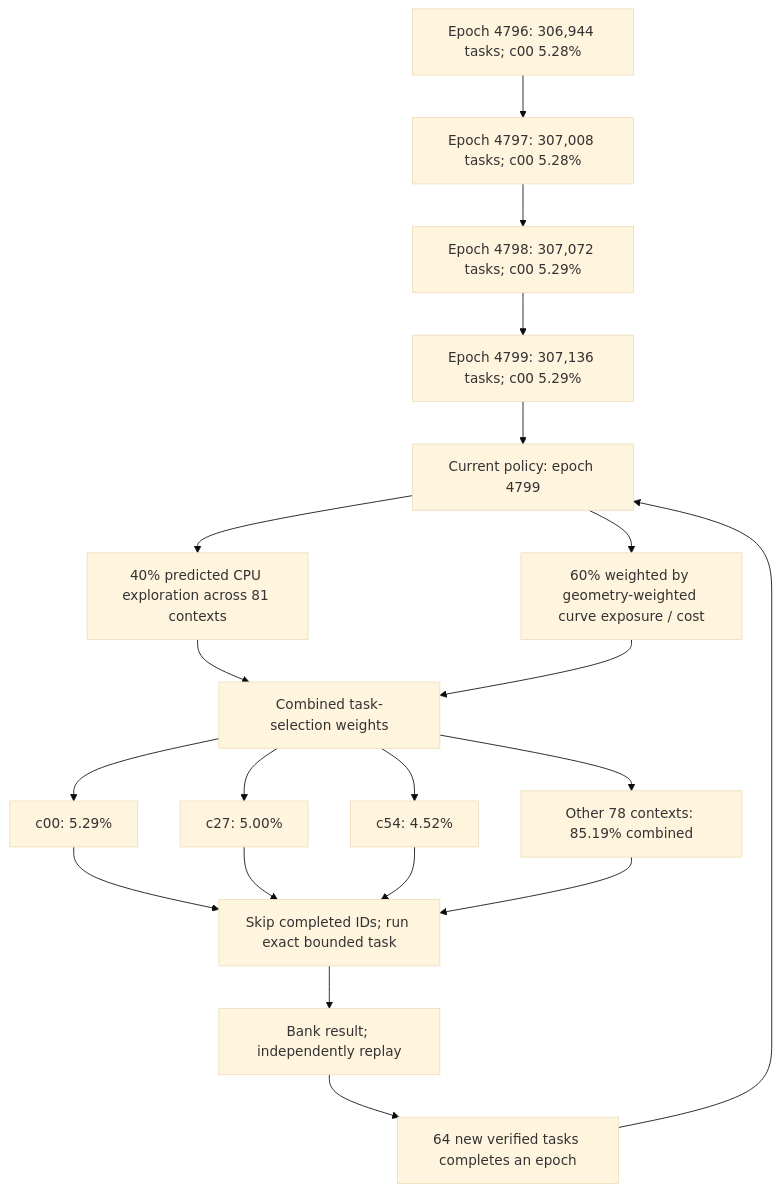
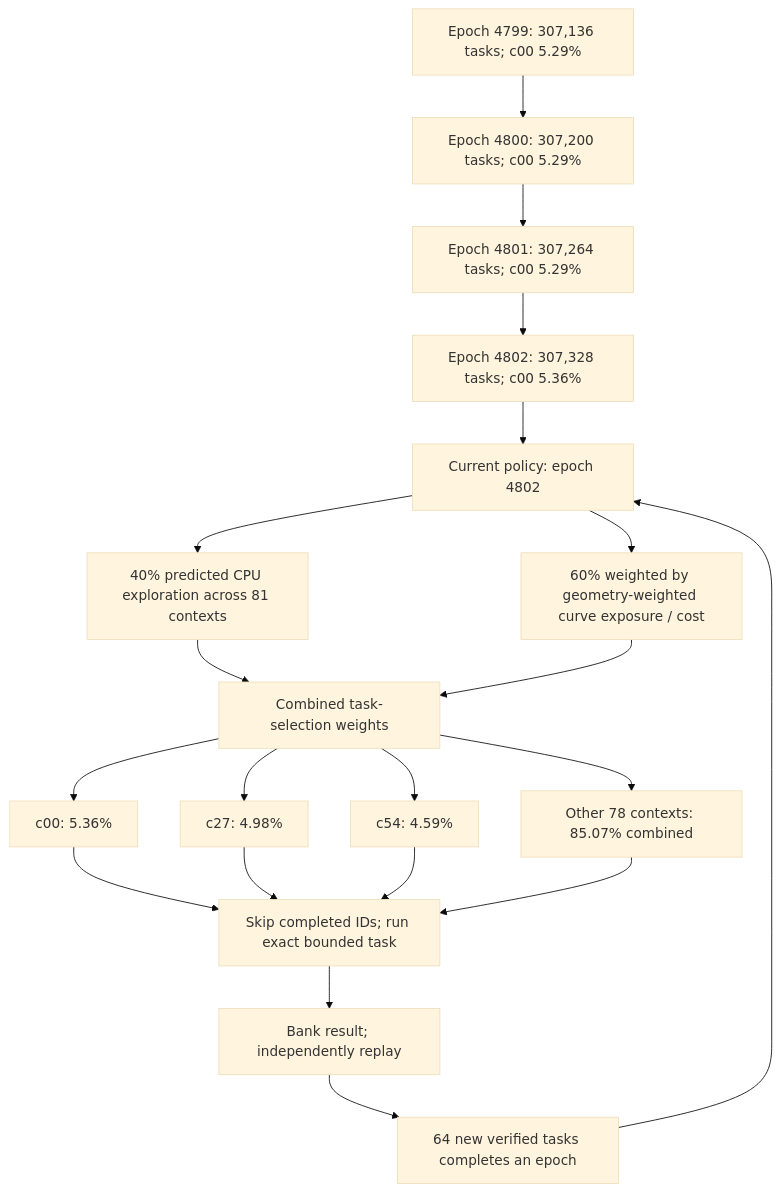
The first of 3 diagrams in README.md (Kuberwastaken/math-gambling), drawn with Mermaid (base theme) before and after one commit. The commit also changed other lines of this file and 481 other files, not shown here.

````diff
--- a/README.md
+++ b/README.md
@@ -60,27 +60,27 @@
 ```mermaid
 flowchart TD
-    H0["Epoch 4796: 306,944 tasks; c00 5.28%"]
-    H1["Epoch 4797: 307,008 tasks; c00 5.28%"]
+    H0["Epoch 4799: 307,136 tasks; c00 5.29%"]
+    H1["Epoch 4800: 307,200 tasks; c00 5.29%"]
     H0 --> H1
-    H2["Epoch 4798: 307,072 tasks; c00 5.29%"]
+    H2["Epoch 4801: 307,264 tasks; c00 5.29%"]
     H1 --> H2
-    H3["Epoch 4799: 307,136 tasks; c00 5.29%"]
+    H3["Epoch 4802: 307,328 tasks; c00 5.36%"]
     H2 --> H3
-    Policy["Current policy: epoch 4799"]
+    Policy["Current policy: epoch 4802"]
     H3 --> Policy
     Policy --> Explore["40% predicted CPU exploration across 81 contexts"]
     Policy --> Cost["60% weighted by geometry-weighted curve exposure / cost"]
     Explore --> Mix["Combined task-selection weights"]
     Cost --> Mix
-    Mix --> C0["c00: 5.29%"]
-    Mix --> C1["c27: 5.00%"]
-    Mix --> C2["c54: 4.52%"]
-    Mix --> Rest["Other 78 contexts: 85.19% combined"]
+    Mix --> C0["c00: 5.36%"]
+    Mix --> C1["c27: 4.98%"]
+    Mix --> C2["c54: 4.59%"]
+    Mix --> Rest["Other 78 contexts: 85.07% combined"]
     C0 --> Check["Skip completed IDs; run exact bounded task"]
     C1 --> Check
     C2 --> Check
     Rest --> Check
     Check --> Replay["Bank result; independently replay"]
     Replay --> Gate["64 new verified tasks completes an epoch"]
     Gate --> Policy
 ```
````
